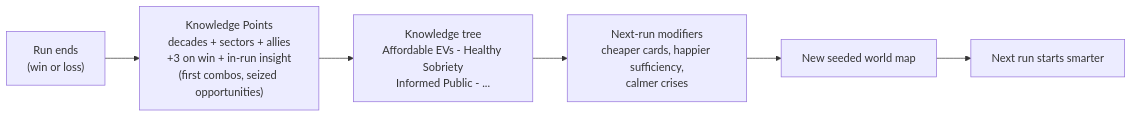
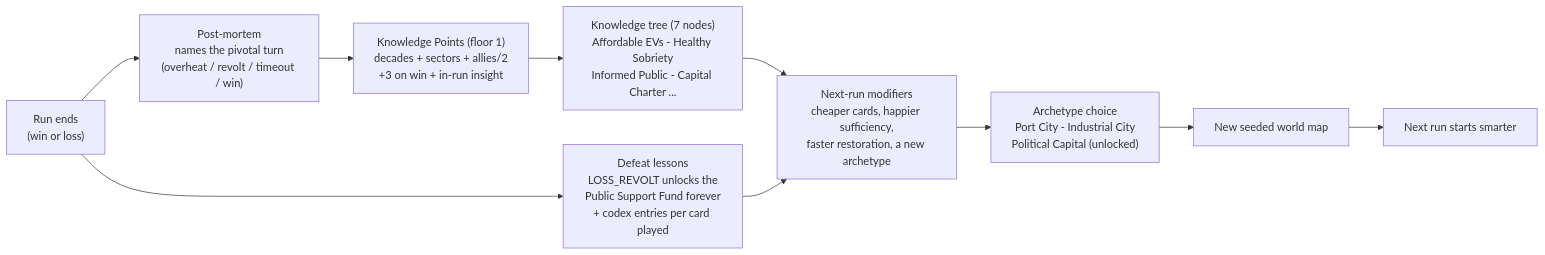
Before and after one commit to ekhau/DrawdownProtocol: the second of 2 diagrams in docs/Phase_0/05_System_Diagram.md, drawn with Mermaid. The commit also changed other lines of this file and 93 other files, not shown here.

````diff
--- a/docs/Phase_0/05_System_Diagram.md
+++ b/docs/Phase_0/05_System_Diagram.md
@@ -42,7 +46,11 @@
 ```mermaid
 flowchart LR
-    END["Run ends\n(win or loss)"] --> KP["Knowledge Points\ndecades + sectors + allies\n+3 on win + in-run insight\n(first combos, seized opportunities)"]
-    KP --> TREE["Knowledge tree\nAffordable EVs - Healthy Sobriety\nInformed Public - ..."]
-    TREE --> MOD["Next-run modifiers\ncheaper cards, happier sufficiency,\ncalmer crises"]
-    MOD --> NEWMAP["New seeded world map"] --> NEWRUN["Next run starts smarter"]
+    END["Run ends\n(win or loss)"] --> PM["Post-mortem\nnames the pivotal turn\n(overheat / revolt / timeout / win)"]
+    PM --> KP["Knowledge Points (floor 1)\ndecades + sectors + allies/2\n+3 on win + in-run insight"]
+    KP --> TREE["Knowledge tree (7 nodes)\nAffordable EVs - Healthy Sobriety\nInformed Public - Capital Charter ..."]
+    END --> LESSON["Defeat lessons\nLOSS_REVOLT unlocks the\nPublic Support Fund forever\n+ codex entries per card played"]
+    TREE --> MOD["Next-run modifiers\ncheaper cards, happier sufficiency,\nfaster restoration, a new archetype"]
+    LESSON --> MOD
+    MOD --> ARCH["Archetype choice\nPort City - Industrial City\nPolitical Capital (unlocked)"]
+    ARCH --> NEWMAP["New seeded world map"] --> NEWRUN["Next run starts smarter"]
 ```
````
